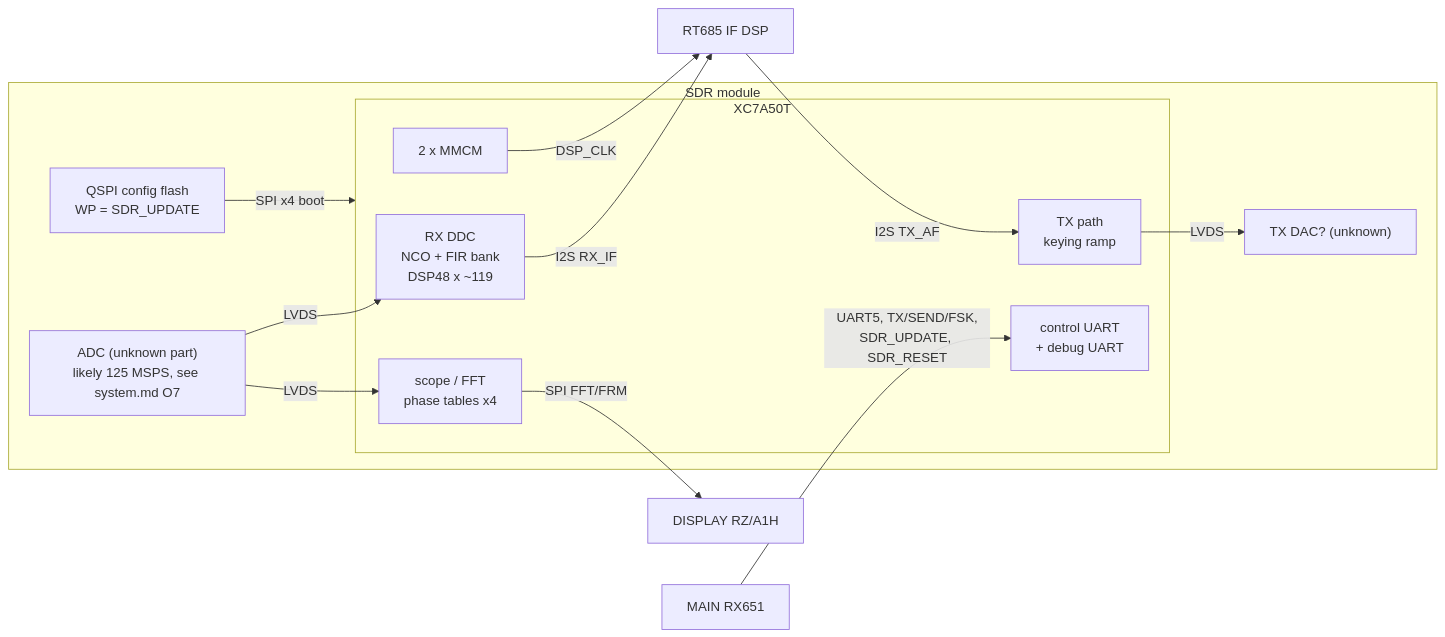
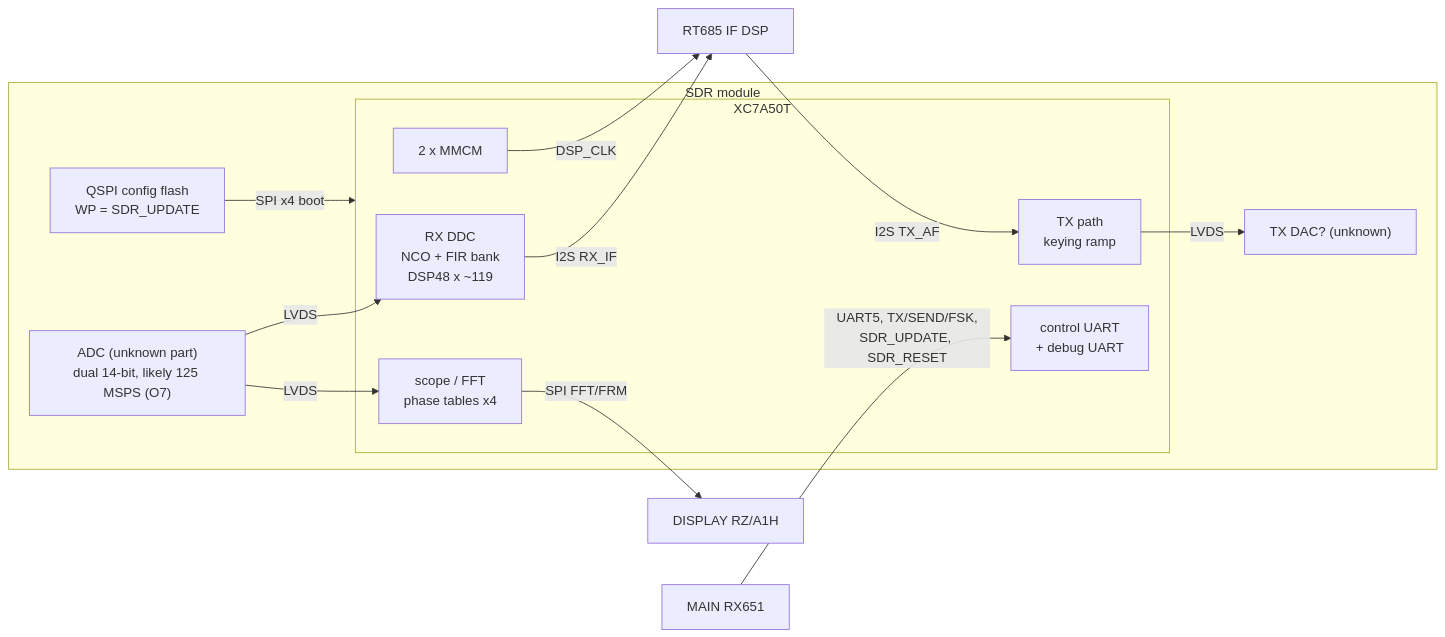
One commit to Reid-n0rc/FT-710_Firmware changed the first of 2 diagrams in docs/code/sdr/README.md. Above: the diagram before and after it, drawn with Mermaid. The commit also changed 6 other files, not shown here.

First line of the commit message:
O7: dual-channel 14-bit ADC (DC4KU test report) -> two channels at 125 MSPS; add the report to Manuals

````diff
--- a/docs/code/sdr/README.md
+++ b/docs/code/sdr/README.md
@@ -43,24 +43,24 @@
 ```mermaid
 flowchart LR
   subgraph MOD["SDR module"]
-    ADC["ADC (unknown part)<br/>likely 125 MSPS, see system.md O7"]
+    ADC["ADC (unknown part)<br/>dual 14-bit, likely 125 MSPS (O7)"]
     Q["QSPI config flash<br/>WP = SDR_UPDATE"]
     subgraph F["XC7A50T"]
       DDC["RX DDC<br/>NCO + FIR bank<br/>DSP48 x ~119"]
       SC["scope / FFT<br/>phase tables x4"]
       TX["TX path<br/>keying ramp"]
       CR["control UART<br/>+ debug UART"]
       CK["2 x MMCM"]
     end
     DAC["TX DAC? (unknown)"]
   end
   ADC -- LVDS --> DDC
   ADC -- LVDS --> SC
   TX -- LVDS --> DAC
   Q -- "SPI x4 boot" --> F
   DDC -- "I2S RX_IF" --> RT["RT685 IF DSP"]
   RT -- "I2S TX_AF" --> TX
   CK -- DSP_CLK --> RT
   SC -- "SPI FFT/FRM" --> DI["DISPLAY RZ/A1H"]
   MA["MAIN RX651"] -- "UART5, TX/SEND/FSK,<br/>SDR_UPDATE, SDR_RESET" --> CR
 ```
````
